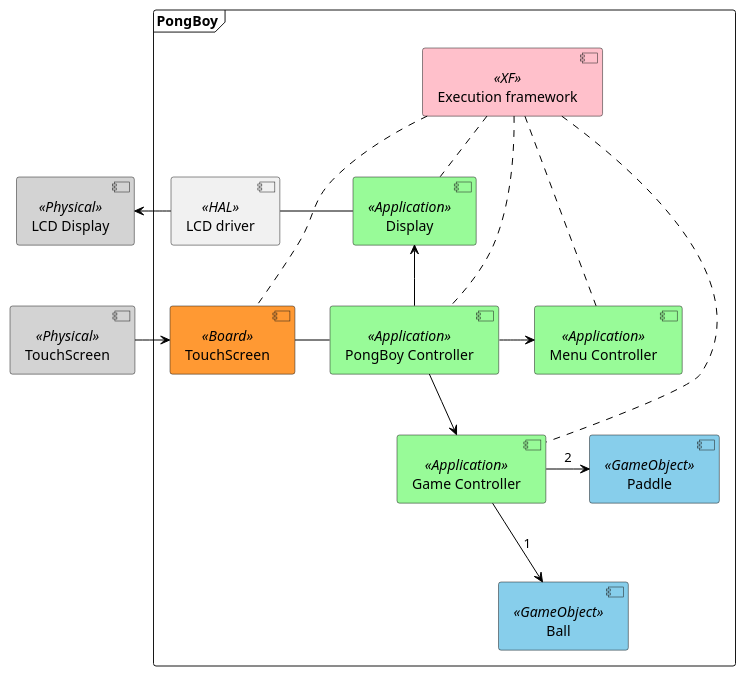
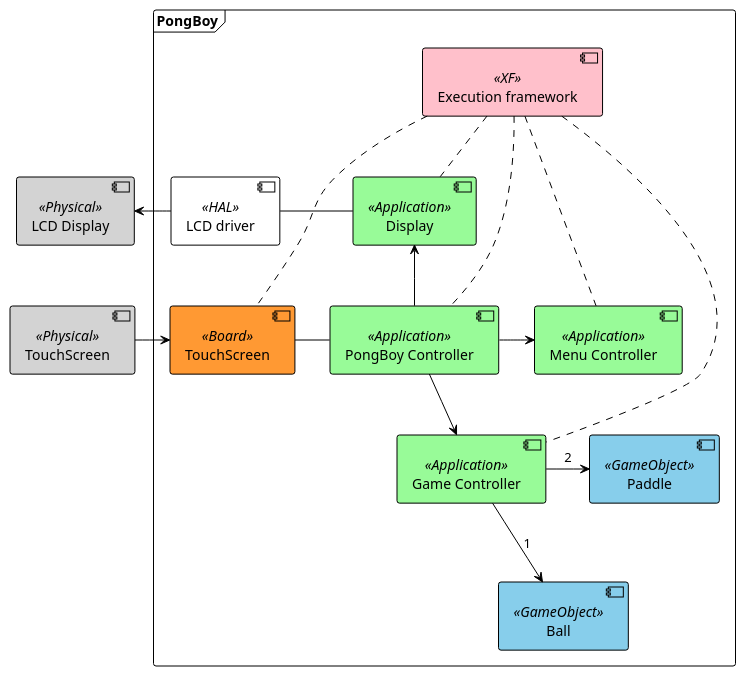
Before and after one commit to SamyFrancelet/PongBoy: the diagram in 0200_Research/0201_Diagrams/Presentation_diagrams/architecture.puml, drawn with PlantUML. The commit also changed 15 other files, not shown here.

Commit message:
Presentation diagrams added

```diff
--- a/0200_Research/0201_Diagrams/Presentation_diagrams/architecture.puml
+++ b/0200_Research/0201_Diagrams/Presentation_diagrams/architecture.puml
@@ -1,76 +1,78 @@
-@startuml pathfinding_aStar
+@startuml architecture
 
 skinparam shadowing false
+
+!theme plain
 
 skinparam Arrow {
     Color black
 }
 
 <style>
 .Physical {
     BackgroundColor lightgrey
 }
 .HAL {
 
 }
 .Board {
     BackgroundColor #ff9933
 }
 .Application {
     BackgroundColor palegreen
 }
 .GameObject {
     BackgroundColor skyblue
 }
 .XF {
     BackgroundColor pink
 }
 </style>
 
 component "LCD Display" as lcd <<Physical>>
 component "TouchScreen" as tsc <<Physical>>
 
 lcd -[hidden]down-> tsc
 
 frame PongBoy {
     component "LCD driver" as lcd_d <<HAL>>
 
     lcd_d -left-> lcd
 
     component "TouchScreen" as tsc_b <<Board>>
 
     lcd_d -[hidden]down-> tsc_b
     tsc -right-> tsc_b
 
     component "Display" as dsp <<Application>>
 
     dsp -left- lcd_d
 
     component "PongBoy Controller" as pbc <<Application>>
 
     component "Menu Controller" as mc <<Application>>
     component "Game Controller" as gc <<Application>>
 
     mc -[hidden]down-> gc
     pbc -right-> mc
     pbc -right-> gc
     pbc -left-> dsp
     tsc_b - pbc
 
     component "Paddle" as pad <<GameObject>>
     component "Ball" as ball <<GameObject>>
 
     pad -[hidden]down-> ball
 
     gc --right--> pad : 2
     gc --right--> ball : 1
 
     component "Execution framework" as xf <<XF>>
     xf ... tsc_b
     xf . dsp
     xf . pbc
     xf . mc
     xf . gc
 }
 
 @enduml
```
